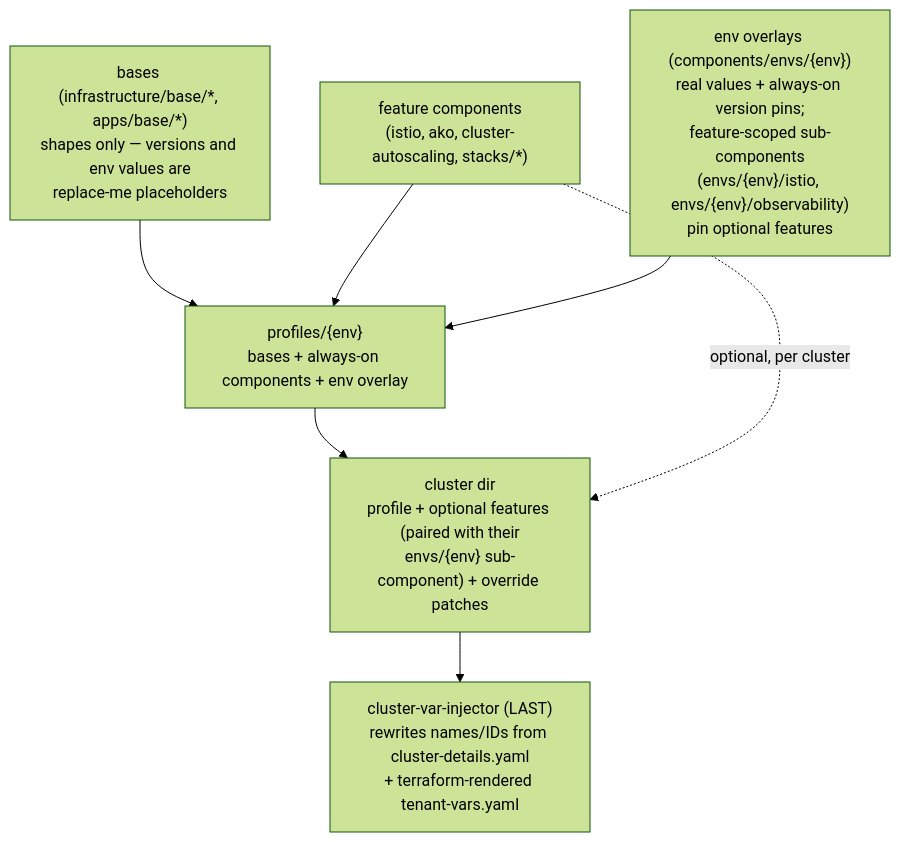
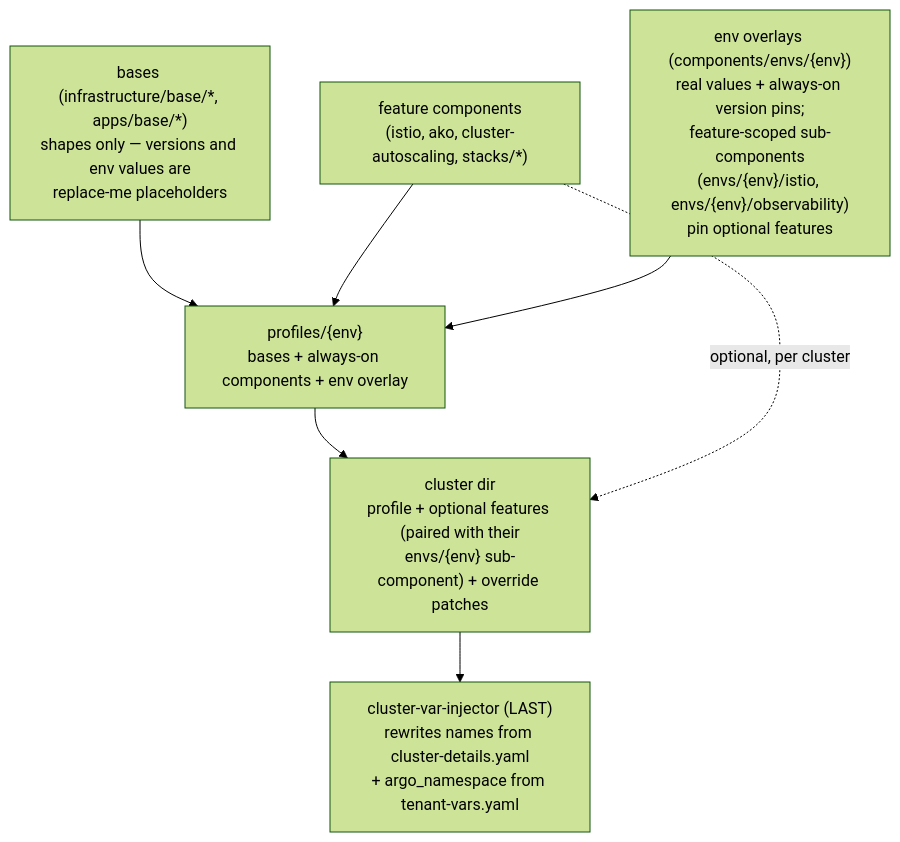
The fourth of 4 diagrams in docs/ARCHITECTURE.md (warroyo/argocd-scaffolding), drawn with Mermaid (forest theme) before and after one commit. The commit also changed other lines of this file and 30 other files, not shown here.

````diff
--- a/docs/ARCHITECTURE.md
+++ b/docs/ARCHITECTURE.md
@@ -190,16 +190,16 @@
 ```mermaid
 flowchart TB
     bases["bases (infrastructure/base/*, apps/base/*)<br/>shapes only — versions and env values are<br/>replace-me placeholders"]
     comps["feature components<br/>(istio, ako, cluster-autoscaling, stacks/*)"]
     envs["env overlays (components/envs/{env})<br/>real values + always-on version pins;<br/>feature-scoped sub-components<br/>(envs/{env}/istio, envs/{env}/observability)<br/>pin optional features"]
     profile["profiles/{env}<br/>bases + always-on components + env overlay"]
     cluster["cluster dir<br/>profile + optional features (paired with their<br/>envs/{env} sub-component) + override patches"]
-    inject["cluster-var-injector (LAST)<br/>rewrites names/IDs from cluster-details.yaml<br/>+ terraform-rendered tenant-vars.yaml"]
+    inject["cluster-var-injector (LAST)<br/>rewrites names from cluster-details.yaml<br/>+ argo_namespace from tenant-vars.yaml"]
 
     bases --> profile
     comps --> profile
     envs --> profile
     profile --> cluster
     comps -. "optional, per cluster" .-> cluster
     cluster --> inject
 ```
````
